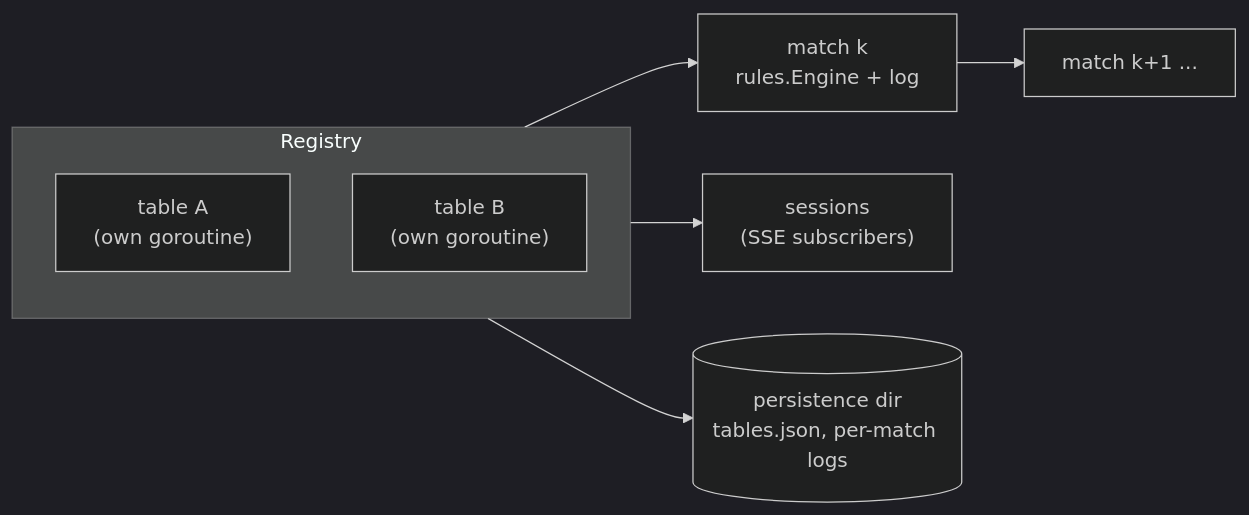
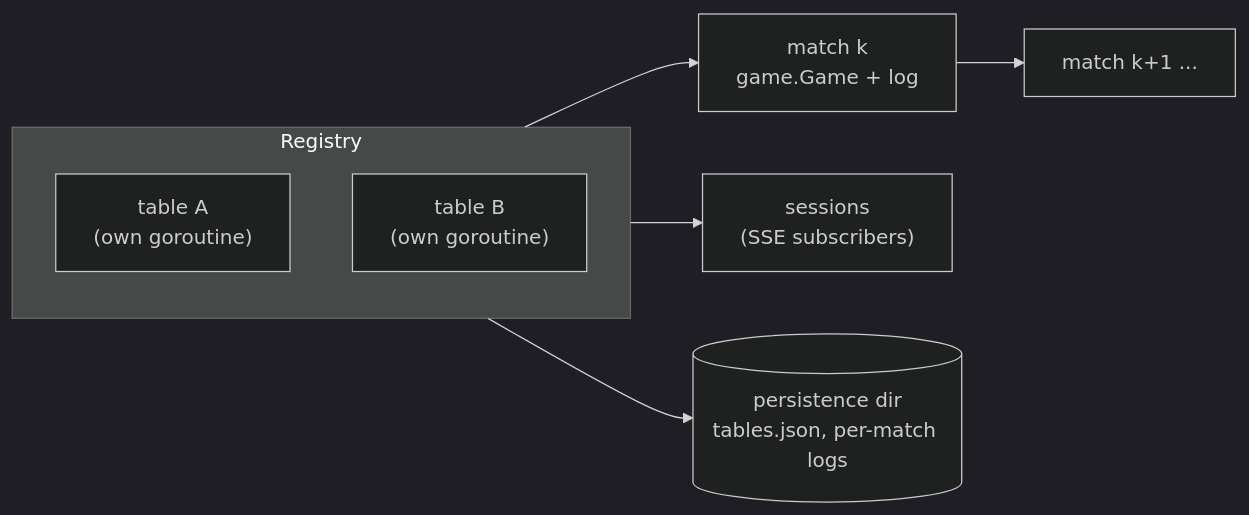
The first of 3 diagrams in docs/site/architecture/gorge/server.md (adams-shaun/gorge), drawn with Mermaid (dark theme) before and after one commit. The commit also changed other lines of this file and 12 other files, not shown here.

Commit message:
docs(architecture): the pages describe the engine seam and the current mechanisms; drop the cleanup roadmap

````diff
--- a/docs/site/architecture/gorge/server.md
+++ b/docs/site/architecture/gorge/server.md
@@ -35,12 +38,12 @@
 ```mermaid
 flowchart LR
   subgraph Registry
     direction TB
     T1["table A<br/>(own goroutine)"]
     T2["table B<br/>(own goroutine)"]
   end
-  T1 --> M1["match k<br/>rules.Engine + log"]
+  T1 --> M1["match k<br/>game.Game + log"]
   M1 --> M1b["match k+1 ..."]
   Registry --> S["sessions<br/>(SSE subscribers)"]
   Registry --> D[("persistence dir<br/>tables.json, per-match logs")]
 ```
````
